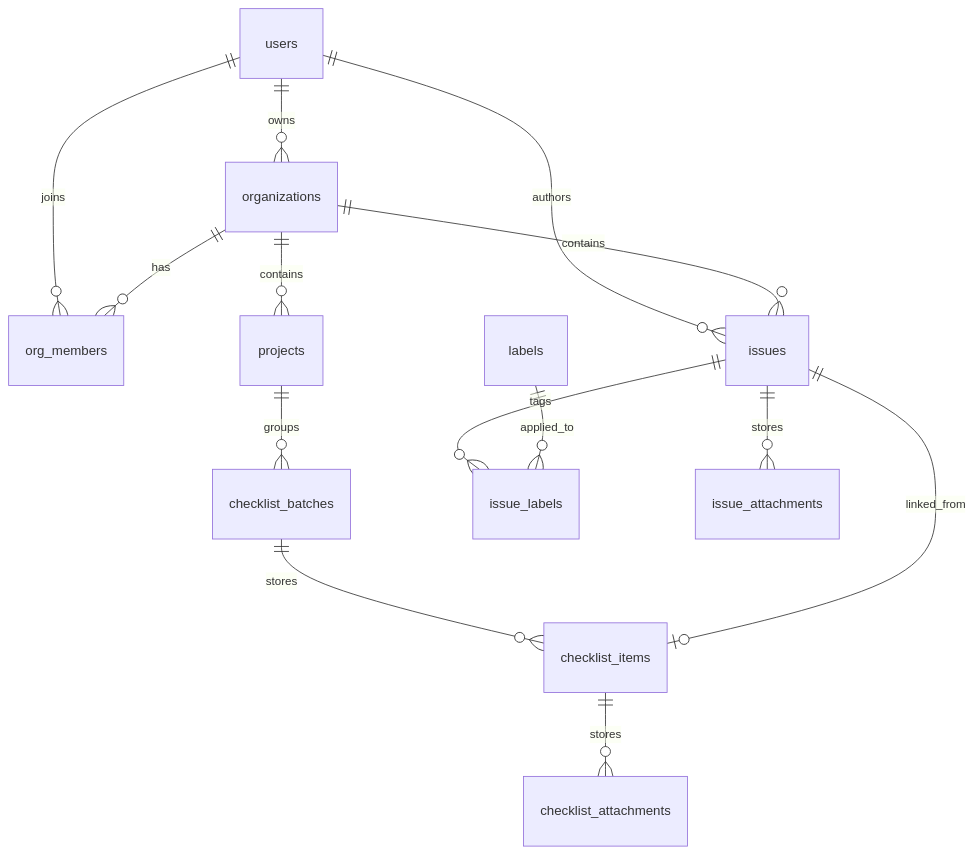
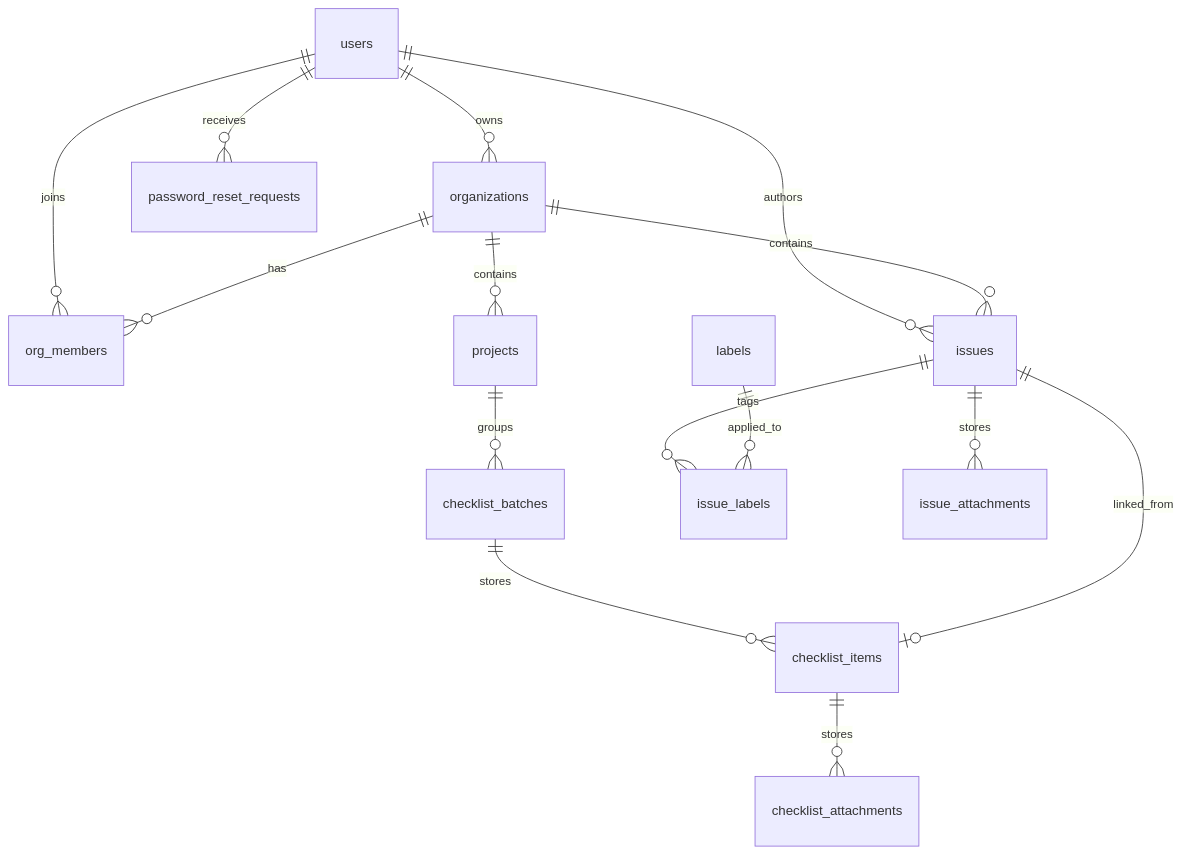
Before and after one commit to oscanog/webtest.solutions: the diagram in docs/schema/overview.md, drawn with Mermaid. The commit also changed other lines of this file and 38 other files, not shown here.

Commit message:
feat(auth): merge wireframe auth UI, base-path fixes, and OTP reset flow

````diff
--- a/docs/schema/overview.md
+++ b/docs/schema/overview.md
@@ -30,16 +31,17 @@
 ```mermaid
 erDiagram
     users ||--o{ organizations : owns
+    users ||--o{ password_reset_requests : receives
     users ||--o{ org_members : joins
     organizations ||--o{ org_members : has
     organizations ||--o{ projects : contains
     projects ||--o{ checklist_batches : groups
     checklist_batches ||--o{ checklist_items : stores
     checklist_items ||--o{ checklist_attachments : stores
     users ||--o{ issues : authors
     organizations ||--o{ issues : contains
     issues ||--o{ issue_labels : tags
     labels ||--o{ issue_labels : applied_to
     issues ||--o{ issue_attachments : stores
     issues ||--o| checklist_items : linked_from
 ```
````
